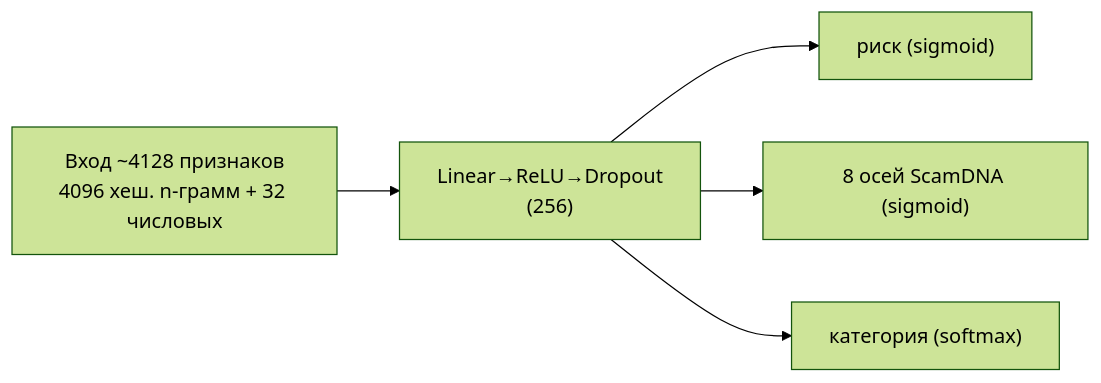
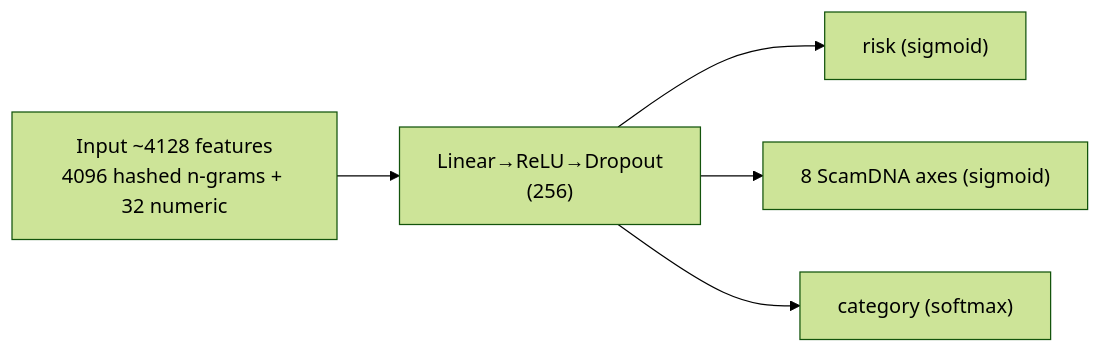
The second of 2 diagrams in README.md (GIGABergish/AI-Media-Watch), drawn with Mermaid (forest theme) before and after one commit. The commit also changed other lines of this file and 15 other files, not shown here.

````diff
--- a/README.md
+++ b/README.md
@@ -68,7 +70,7 @@
 ```mermaid
 flowchart LR
-    IN["Вход ~4128 признаков<br/>4096 хеш. n-грамм + 32 числовых"] --> H["Linear→ReLU→Dropout<br/>(256)"]
-    H --> R["риск (sigmoid)"]
-    H --> D["8 осей ScamDNA (sigmoid)"]
-    H --> C["категория (softmax)"]
+    IN["Input ~4128 features<br/>4096 hashed n-grams + 32 numeric"] --> H["Linear→ReLU→Dropout<br/>(256)"]
+    H --> R["risk (sigmoid)"]
+    H --> D["8 ScamDNA axes (sigmoid)"]
+    H --> C["category (softmax)"]
 ```
````
